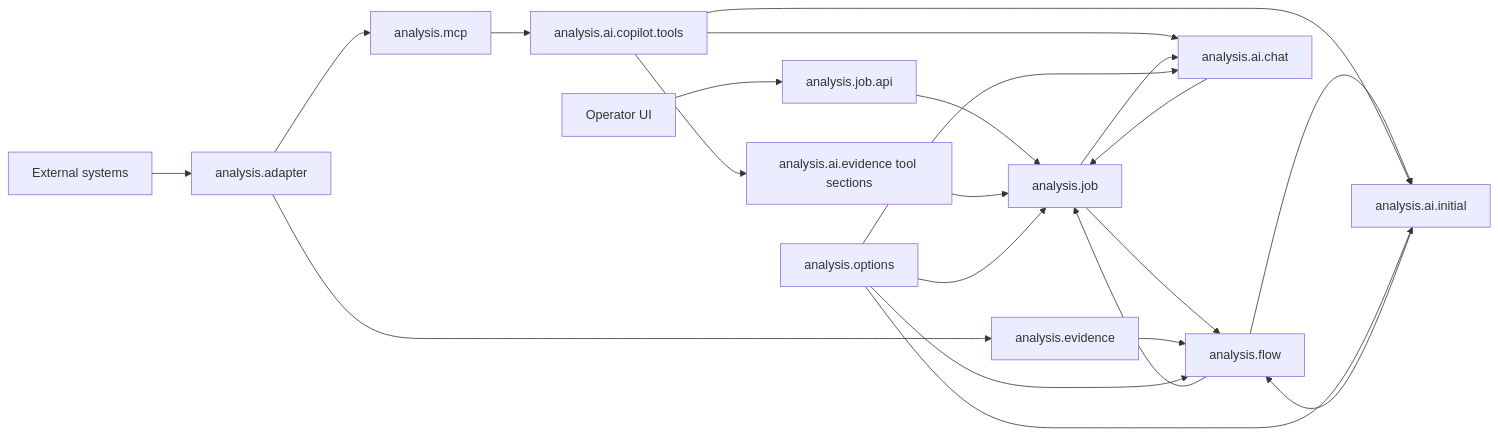
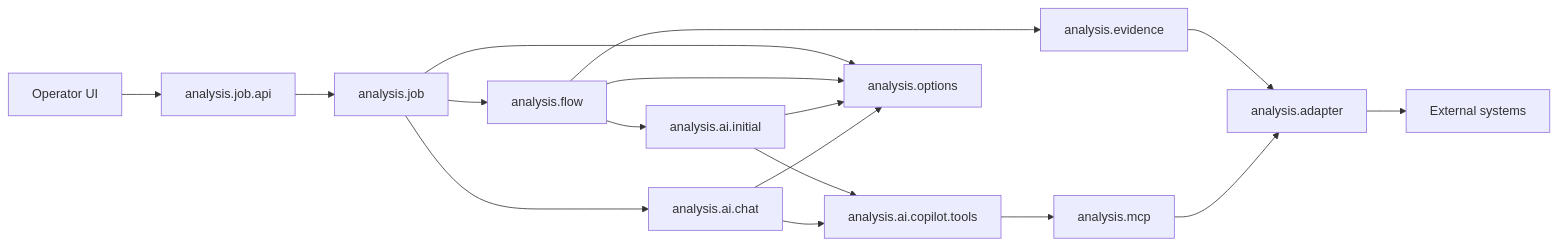
One commit to herald-assistant/incident-tracker changed the first of 2 diagrams in docs/architecture/05-package-dependencies.md. Above: the diagram before and after it, drawn with Mermaid. The commit also changed other lines of this file and 1 other file, not shown here.

````diff
--- a/docs/architecture/05-package-dependencies.md
+++ b/docs/architecture/05-package-dependencies.md
@@ -22,29 +23,23 @@
 ```mermaid
 flowchart LR
     OP["Operator UI"] --> JOBAPI["analysis.job.api"]
     JOBAPI --> JOB["analysis.job"]
     JOB --> FLOW["analysis.flow"]
 
-    EXT["External systems"] --> ADAPTER["analysis.adapter"]
-    ADAPTER --> EVIDENCE["analysis.evidence"]
-    EVIDENCE --> FLOW
+    FLOW --> EVIDENCE["analysis.evidence"]
+    EVIDENCE --> ADAPTER["analysis.adapter"]
+    ADAPTER --> EXT["External systems"]
 
     FLOW --> INITIAL["analysis.ai.initial"]
-    INITIAL --> FLOW
-    FLOW --> JOB
-
-    ADAPTER --> MCP["analysis.mcp"]
-    MCP --> TOOLS["analysis.ai.copilot.tools"]
-    TOOLS --> INITIAL
-    TOOLS --> CHAT["analysis.ai.chat"]
-    TOOLS --> TOOL_EVIDENCE["analysis.ai.evidence tool sections"]
-    TOOL_EVIDENCE --> JOB
+    INITIAL --> TOOLS["analysis.ai.copilot.tools"]
+    TOOLS --> MCP["analysis.mcp"]
+    MCP --> ADAPTER
 
     JOB --> CHAT
-    CHAT --> JOB
+    CHAT["analysis.ai.chat"] --> TOOLS
 
-    OPTIONS["analysis.options"] --> JOB
-    OPTIONS --> FLOW
-    OPTIONS --> INITIAL
-    OPTIONS --> CHAT
+    JOB --> OPTIONS["analysis.options"]
+    FLOW --> OPTIONS
+    INITIAL --> OPTIONS
+    CHAT --> OPTIONS
 ```
````
